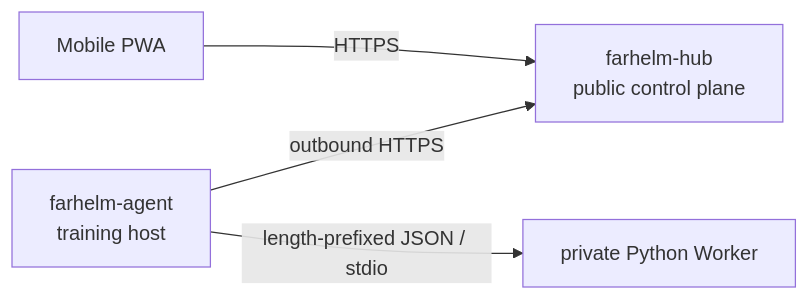
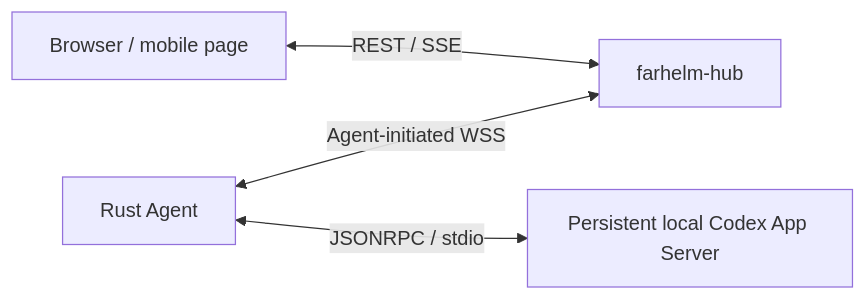
One commit to Xiiiing/FarHelm changed the diagram in README.en.md. Above: the diagram before and after it, drawn with Mermaid. The commit also changed other lines of this file and 88 other files, not shown here.

````diff
--- a/README.en.md
+++ b/README.en.md
@@ -136,6 +146,6 @@
 ```mermaid
 flowchart LR
-    Phone["Mobile PWA"] -->|"HTTPS"| Hub["farhelm-hub<br/>public control plane"]
-    Agent["farhelm-agent<br/>training host"] -->|"outbound HTTPS"| Hub
-    Agent -->|"length-prefixed JSON / stdio"| Worker["private Python Worker"]
+    Browser["Browser / mobile page"] <-->|"REST / SSE"| Hub["farhelm-hub"]
+    Agent["Rust Agent"] <-->|"Agent-initiated WSS"| Hub
+    Agent <-->|"JSONRPC / stdio"| Codex["Persistent local Codex App Server"]
 ```
````
